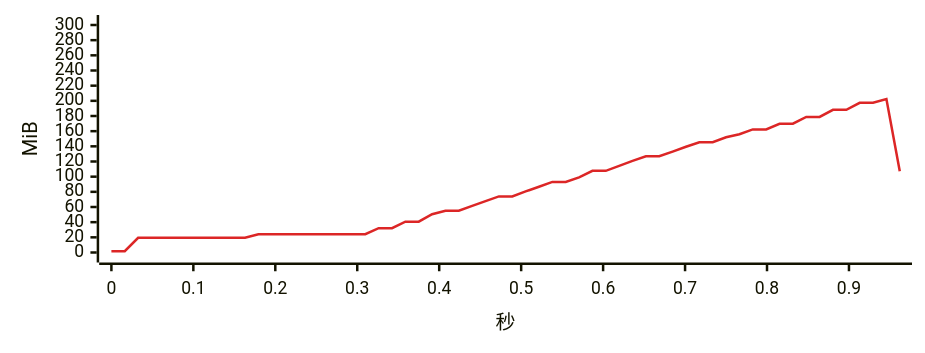
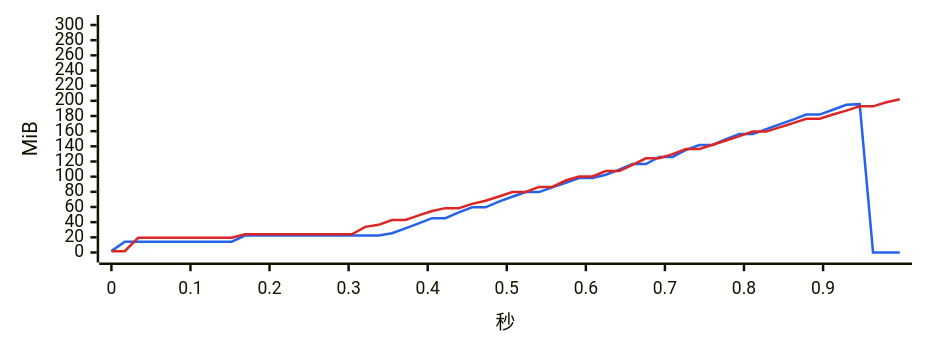
Before and after one commit to 334456777/WeFlow: diagram 13 of 17 in bench/v4.1.0/summary.md, drawn with Mermaid. The commit also changed other lines of this file and 3 other files, not shown here.

````diff
--- a/bench/v4.1.0/summary.md
+++ b/bench/v4.1.0/summary.md
@@ -409,7 +419,8 @@
 ```mermaid
-%%{init: {"xyChart": {"width": 720, "height": 260}, "themeVariables": {"xyChart": {"plotColorPalette": "#dc2626"}}}}%%
+%%{init: {"xyChart": {"width": 720, "height": 260}, "themeVariables": {"xyChart": {"plotColorPalette": "#2563eb, #dc2626"}}}}%%
 xychart-beta
-    x-axis "秒" 0 --> 0.962
+    x-axis "秒" 0 --> 0.997
     y-axis "MiB" 0 --> 300
-    line [1.8, 1.8, 19.4, 19.4, 19.4, 19.4, 19.4, 19.4, 19.4, 19.4, 19.4, 24.1, 24.1, 24.1, 24.1, 24.1, 24.1, 24.1, 24.1, 24.1, 32.1, 32.1, 40.6, 40.6, 50.4, 55.0, 55.0, 61.5, 67.8, 74.0, 74.0, 80.6, 86.7, 93.1, 93.1, 99.0, 107.7, 107.7, 114.2, 120.8, 126.9, 126.9, 133.1, 139.4, 145.4, 145.4, 151.9, 155.9, 162.3, 162.3, 169.8, 169.8, 178.8, 178.8, 188.2, 188.2, 197.4, 197.4, 202.3, 107.1]
+    line [1.8, 14.3, 14.3, 14.3, 14.3, 14.3, 14.3, 14.3, 14.3, 14.3, 22.4, 22.4, 22.4, 22.4, 22.4, 22.4, 22.4, 22.4, 22.4, 22.4, 22.4, 25.5, 31.8, 38.4, 45.3, 45.3, 52.9, 59.6, 59.6, 67.1, 73.5, 79.7, 79.7, 85.8, 92.0, 98.3, 98.3, 102.6, 109.2, 116.7, 116.7, 126.0, 126.0, 135.2, 141.8, 141.8, 149.4, 156.1, 156.1, 162.5, 168.9, 175.3, 181.9, 181.9, 188.3, 194.7, 195.6, 0.0, 0.0, 0.0]
+    line [1.8, 1.8, 19.4, 19.4, 19.4, 19.4, 19.4, 19.4, 19.4, 19.4, 24.1, 24.1, 24.1, 24.1, 24.1, 24.1, 24.1, 24.1, 24.1, 33.8, 36.5, 42.9, 42.9, 48.9, 54.7, 58.5, 58.5, 64.1, 68.3, 73.9, 79.8, 79.8, 86.5, 86.5, 94.9, 100.3, 100.3, 107.4, 107.4, 115.7, 124.2, 124.2, 129.8, 136.5, 136.5, 142.1, 147.7, 153.5, 159.4, 159.4, 165.0, 170.6, 176.4, 176.4, 182.0, 187.1, 192.7, 192.7, 198.2, 202.2]
 ```
````
